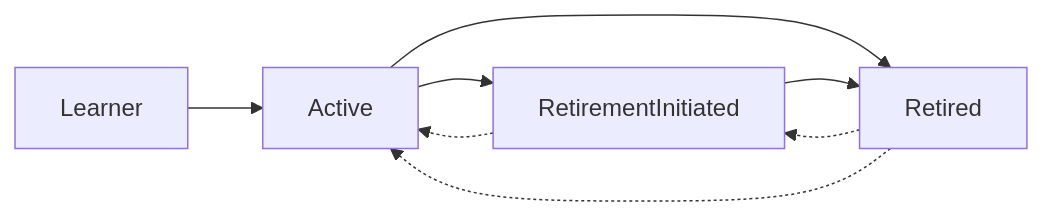
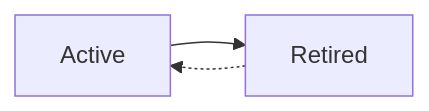
One commit to microsoft/CCF changed the first of 2 diagrams in doc/architecture/consensus/index.rst. Above: the diagram before and after it, drawn with Mermaid. The commit also changed other lines of this file and 10 other files, not shown here.

```diff
--- a/doc/architecture/consensus/index.rst
+++ b/doc/architecture/consensus/index.rst
@@ -38,10 +37,5 @@
 .. mermaid::
 
     graph LR;
-        Learner-->Active
-        Active-->RetirementInitiated
         Active-->Retired
-        RetirementInitiated-.->Active
-        RetirementInitiated-->Retired
-        Retired-.->RetirementInitiated
         Retired-.->Active
```
